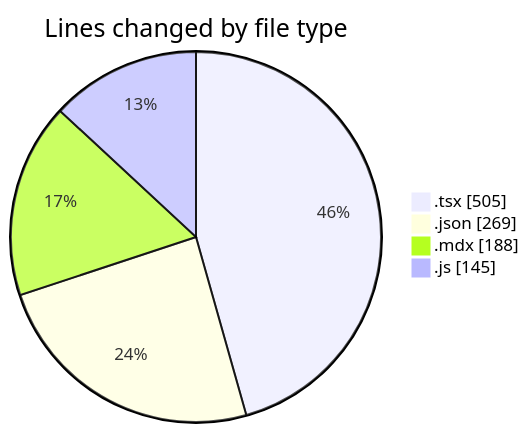
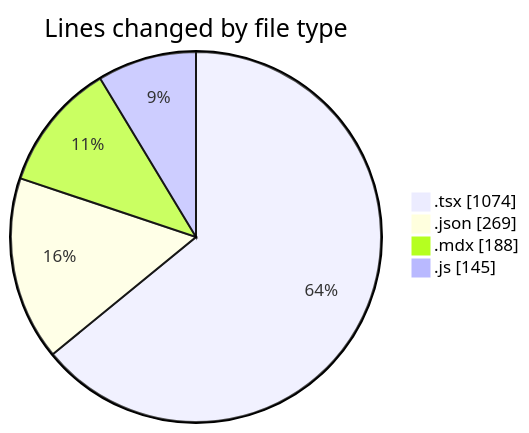
Before and after one commit to momahboobian/code-tracking: the first of 2 diagrams in 2026-01-12/cda/README.md, drawn with Mermaid. The commit also changed other lines of this file and 1 other file, not shown here.

````diff
--- a/2026-01-12/cda/README.md
+++ b/2026-01-12/cda/README.md
@@ -25,8 +26,8 @@
 ```mermaid
 pie showData
 title Lines changed by file type
-".tsx" : 505
+".tsx" : 1074
 ".json" : 269
 ".mdx" : 188
 ".js" : 145
 ```
````
